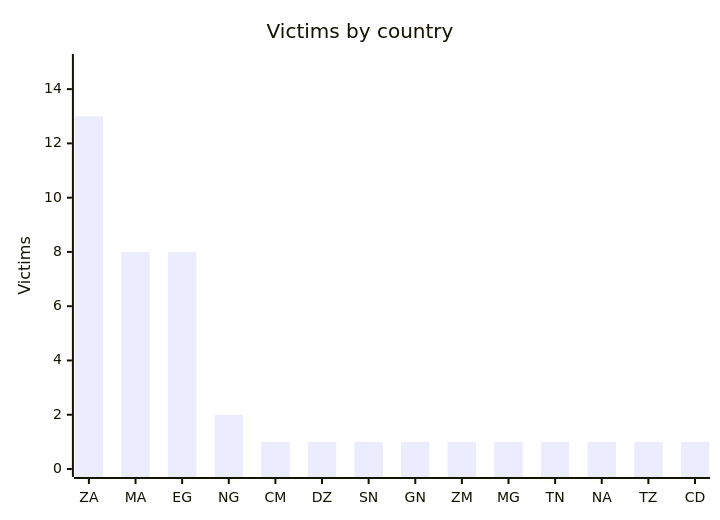
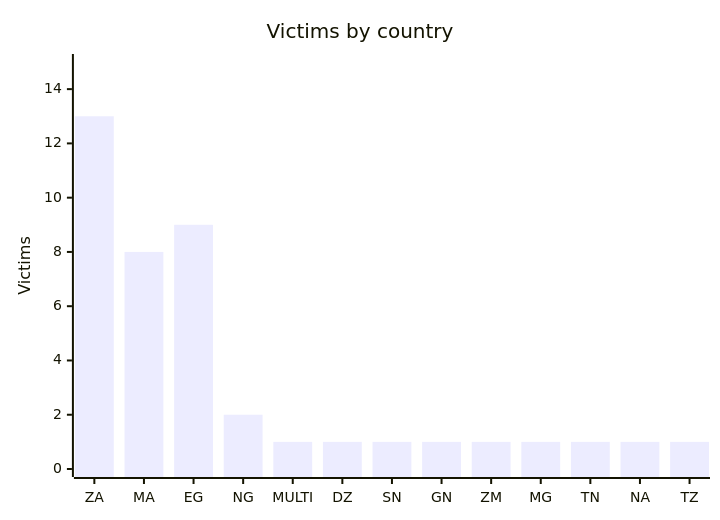
Before and after one commit to Hatchepsoute/AFRINTEL: the second of 5 diagrams in statistics/2026/03-march/README.md, drawn with Mermaid. The commit also changed other lines of this file and 255 other files, not shown here.

````diff
--- a/statistics/2026/03-march/README.md
+++ b/statistics/2026/03-march/README.md
@@ -44,7 +43,7 @@
 ```mermaid
 xychart-beta
     title "Victims by country"
-    x-axis ["ZA","MA","EG","NG","CM","DZ","SN","GN","ZM","MG","TN","NA","TZ","CD"]
+    x-axis ["ZA","MA","EG","NG","MULTI","DZ","SN","GN","ZM","MG","TN","NA","TZ"]
     y-axis "Victims" 0 --> 15
-    bar [13,8,8,2,1,1,1,1,1,1,1,1,1,1]
+    bar [13,8,9,2,1,1,1,1,1,1,1,1,1]
 ```
````
